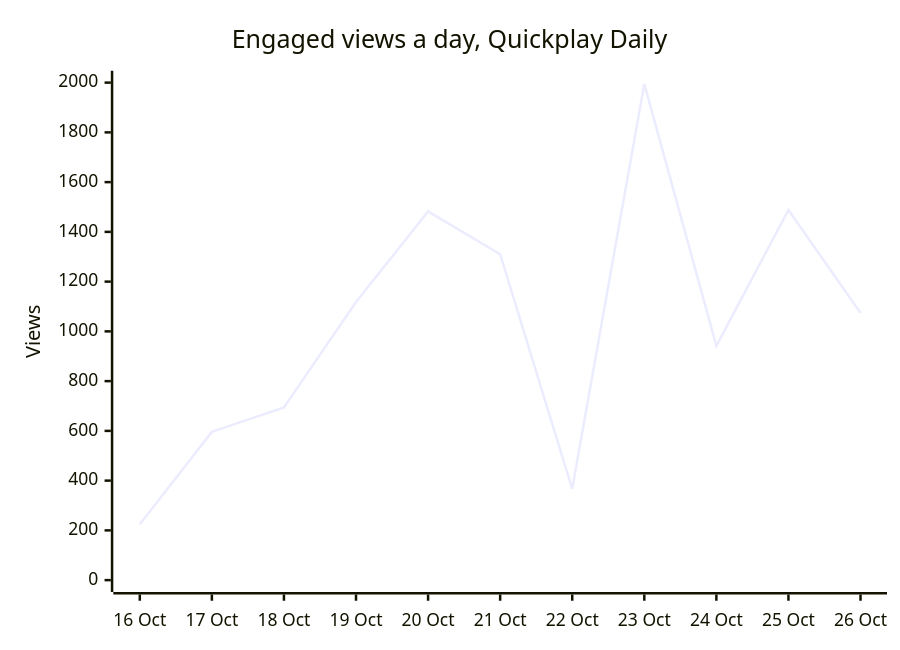
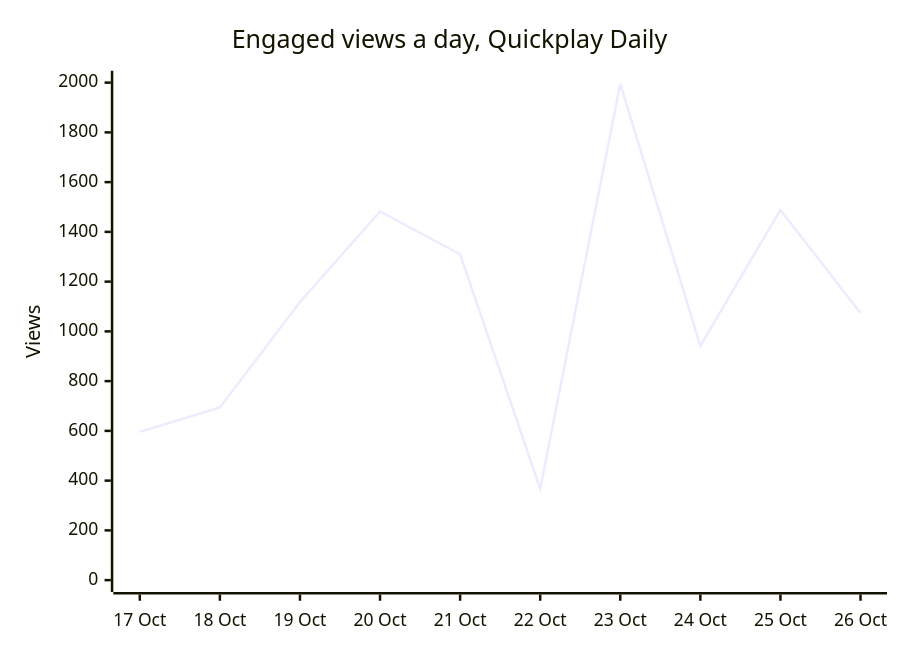
Before and after one commit to quickplay-studio/quickplay-autopilot: the diagram in README.md, drawn with Mermaid. The commit also changed other lines of this file and 21 other files, not shown here.

````diff
--- a/README.md
+++ b/README.md
@@ -45,7 +45,7 @@
 ```mermaid
 xychart-beta
     title "Engaged views a day, Quickplay Daily"
-    x-axis ["16 Oct", "17 Oct", "18 Oct", "19 Oct", "20 Oct", "21 Oct", "22 Oct", "23 Oct", "24 Oct", "25 Oct", "26 Oct"]
+    x-axis ["17 Oct", "18 Oct", "19 Oct", "20 Oct", "21 Oct", "22 Oct", "23 Oct", "24 Oct", "25 Oct", "26 Oct"]
     y-axis "Views" 0 --> 2000
-    line [225, 596, 694, 1118, 1482, 1310, 367, 1995, 942, 1488, 1074]
+    line [596, 694, 1118, 1482, 1310, 367, 1995, 942, 1488, 1074]
 ```
````
